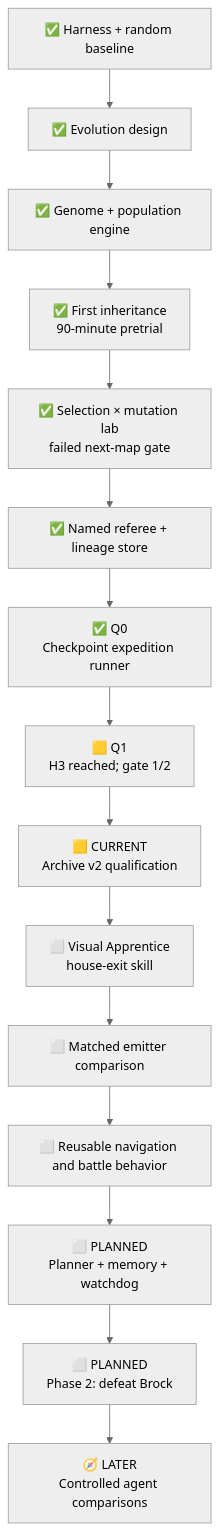
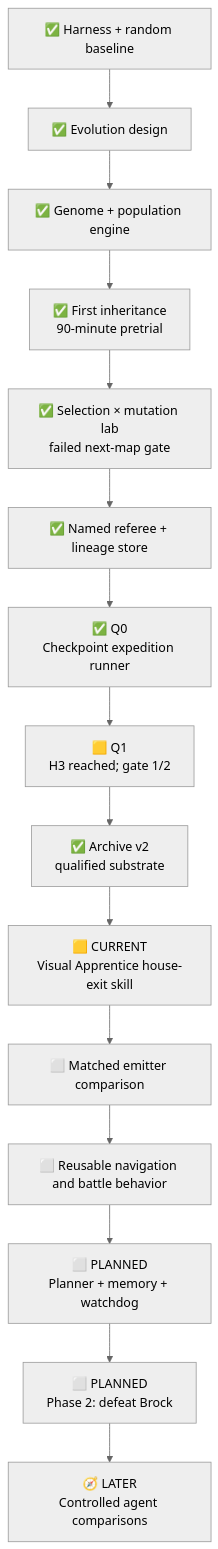
One commit to PeteAndrews1289/pokemon-red-ai changed the diagram in docs/roadmap.md. Above: the diagram before and after it, drawn with Mermaid (neutral theme). The commit also changed other lines of this file and 12 other files, not shown here.

Commit message:
Publish Archive v2 qualification result

````diff
--- a/docs/roadmap.md
+++ b/docs/roadmap.md
@@ -49,17 +49,17 @@
 ```mermaid
 flowchart TD
     P0["✅ Harness + random baseline"] --> EV0["✅ Evolution design"]
     EV0 --> EV1["✅ Genome + population engine"]
     EV1 --> PRE["✅ First inheritance<br/>90-minute pretrial"]
     PRE --> LAB["✅ Selection × mutation lab<br/>failed next-map gate"]
     LAB --> REF["✅ Named referee + lineage store"]
     REF --> P1["✅ Q0<br/>Checkpoint expedition runner"]
     P1 --> Q1["🟨 Q1<br/>H3 reached; gate 1/2"]
-    Q1 --> SC["🟨 CURRENT<br/>Archive v2 qualification"]
-    SC --> VA["⬜ Visual Apprentice<br/>house-exit skill"]
+    Q1 --> SC["✅ Archive v2<br/>qualified substrate"]
+    SC --> VA["🟨 CURRENT<br/>Visual Apprentice house-exit skill"]
     VA --> EM["⬜ Matched emitter comparison"]
     EM --> SK["⬜ Reusable navigation and battle behavior"]
     SK --> HY["⬜ PLANNED<br/>Planner + memory + watchdog"]
     HY --> P2["⬜ PLANNED<br/>Phase 2: defeat Brock"]
     P2 --> AB["🧭 LATER<br/>Controlled agent comparisons"]
 ```
````
